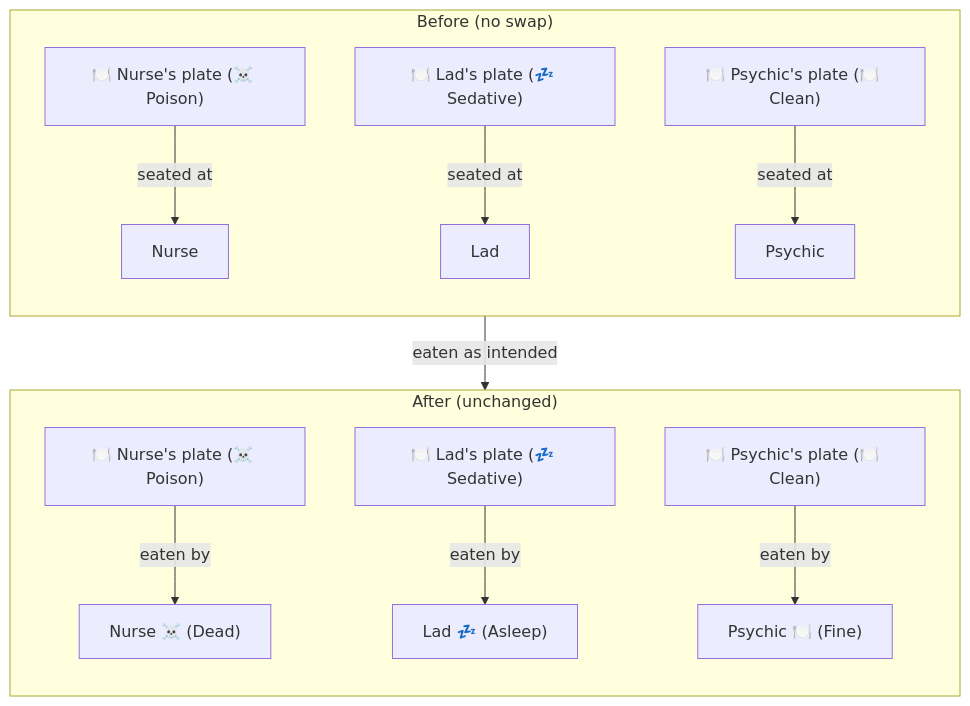
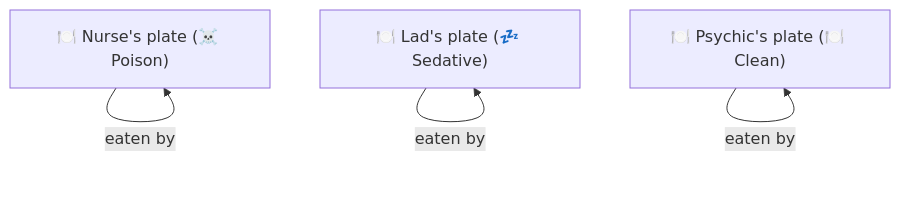
One commit to olivierpierre85/ClaythornManor changed the second of 4 diagrams in docs/game_story/day3_poisoning_chart.md. Above: the diagram before and after it, drawn with Mermaid. The commit also changed other lines of this file and 1 other file, not shown here.

````diff
--- a/docs/game_story/day3_poisoning_chart.md
+++ b/docs/game_story/day3_poisoning_chart.md
@@ -15,18 +27,10 @@
 ```mermaid
 graph TB
-    subgraph Before["Before (no swap)"]
-        direction TB
-        NP1["🍽️ Nurse's plate (☠️ Poison)"] -->|seated at| N1["Nurse"]
-        LP1["🍽️ Lad's plate (💤 Sedative)"] -->|seated at| L1["Lad"]
-        PP1["🍽️ Psychic's plate (🍽️ Clean)"] -->|seated at| P1["Psychic"]
-    end
+    nurse_poison["🍽️ Nurse's plate (☠️ Poison)"]
+    lad_sedative["🍽️ Lad's plate (💤 Sedative)"]
+    psychic_clean["🍽️ Psychic's plate (🍽️ Clean)"]
 
-    Before -->|"eaten as intended"| After
-
-    subgraph After["After (unchanged)"]
-        direction TB
-        NP2["🍽️ Nurse's plate (☠️ Poison)"] -->|eaten by| N2["Nurse ☠️ (Dead)"]
-        LP2["🍽️ Lad's plate (💤 Sedative)"] -->|eaten by| L2["Lad 💤 (Asleep)"]
-        PP2["🍽️ Psychic's plate (🍽️ Clean)"] -->|eaten by| P2["Psychic 🍽️ (Fine)"]
-    end
+    nurse_poison -->|eaten by| nurse_poison
+    lad_sedative -->|eaten by| lad_sedative
+    psychic_clean -->|eaten by| psychic_clean
 ```
````
